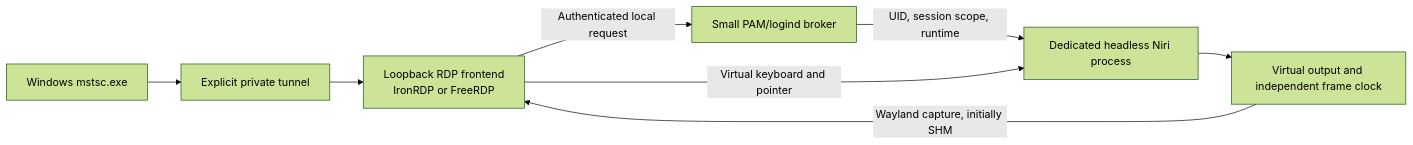
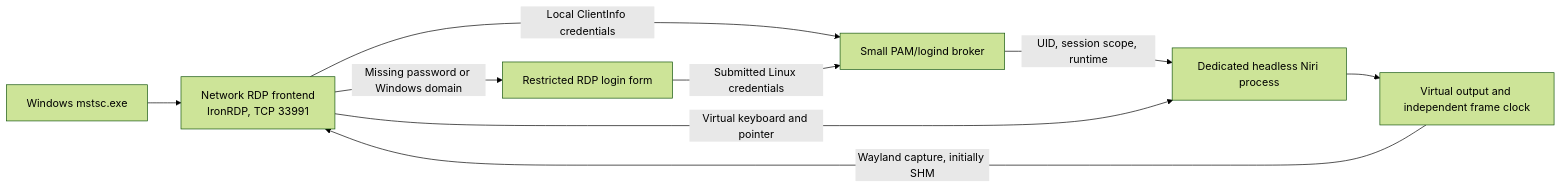
The diagram in docs/architecture.md (stein89jp/niri-remote-login), drawn with Mermaid (forest theme) before and after one commit. The commit also changed other lines of this file and 27 other files, not shown here.

Commit message:
Made installation process easier, added direct windows rdp client connection support and fixed some bugs.

````diff
--- a/docs/architecture.md
+++ b/docs/architecture.md
@@ -11,10 +11,11 @@
 ```mermaid
 flowchart LR
-    W[Windows mstsc.exe] --> T[Explicit private tunnel]
-    T --> R[Loopback RDP frontend\nIronRDP or FreeRDP]
-    R -->|Authenticated local request| B[Small PAM/logind broker]
+    W[Windows mstsc.exe] --> R[Network RDP frontend\nIronRDP, TCP 33991]
+    R -->|Local ClientInfo credentials| B[Small PAM/logind broker]
+    R -->|Missing password or Windows domain| L[Restricted RDP login form]
+    L -->|Submitted Linux credentials| B
     B -->|UID, session scope, runtime| N[Dedicated headless Niri process]
     N --> V[Virtual output and independent frame clock]
     V -->|Wayland capture, initially SHM| R
     R -->|Virtual keyboard and pointer| N
 ```
````
